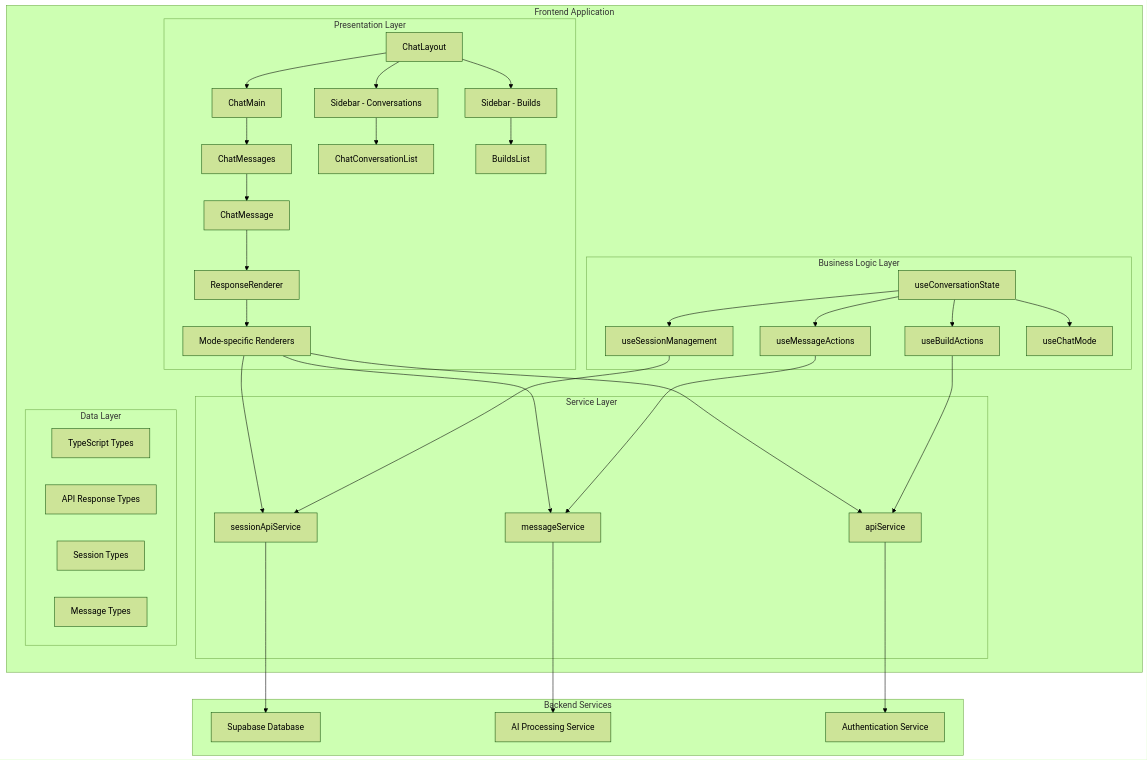
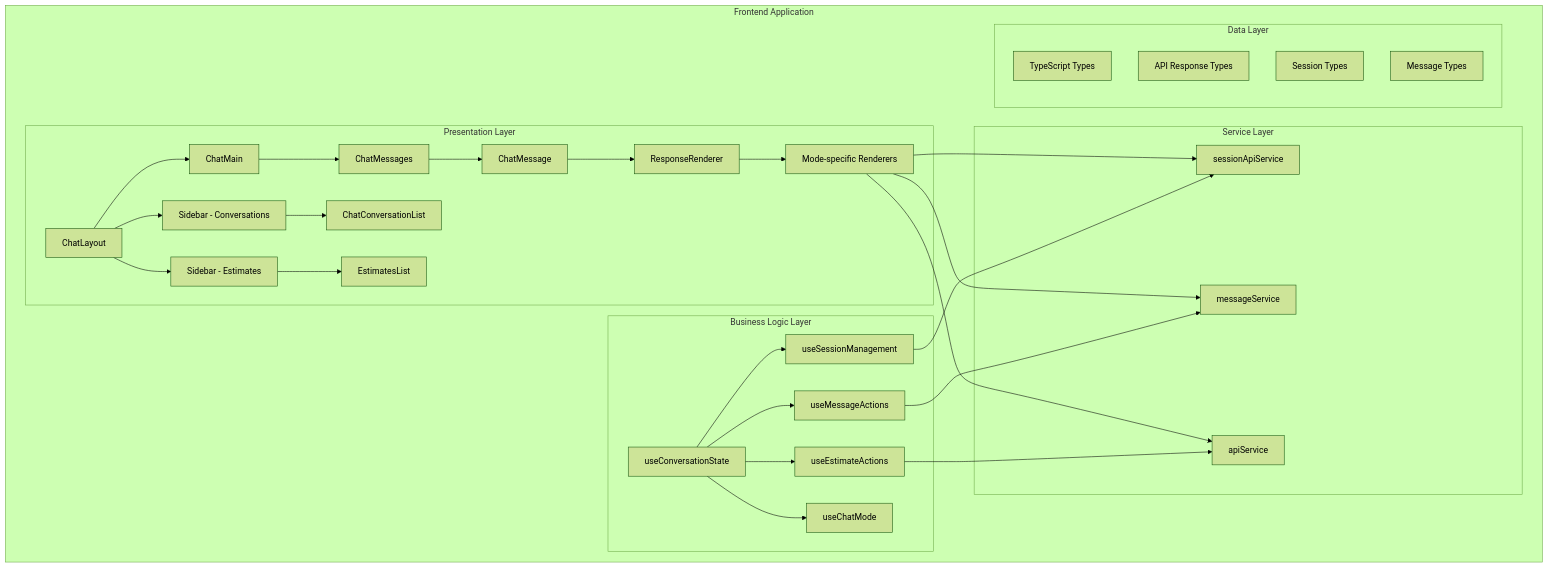
Before and after one commit to p0pular131/askspec-chat-assistant: the first of 14 diagrams in docs/design-specification.md, drawn with Mermaid (forest theme). The commit also changed other lines of this file, not shown here.

````diff
--- a/docs/design-specification.md
+++ b/docs/design-specification.md
@@ -30,53 +30,44 @@
 ```mermaid
 graph TB
     subgraph "Frontend Application"
         subgraph "Presentation Layer"
             A[ChatLayout] --> B[ChatMain]
             A --> C[Sidebar - Conversations]
-            A --> D[Sidebar - Builds]
+            A --> D[Sidebar - Estimates]
             B --> E[ChatMessages]
             E --> F[ChatMessage]
             F --> G[ResponseRenderer]
             G --> H[Mode-specific Renderers]
             C --> I[ChatConversationList]
-            D --> J[BuildsList]
+            D --> J[EstimatesList]
         end
         
         subgraph "Business Logic Layer"
             K[useConversationState] --> L[useSessionManagement]
             K --> M[useMessageActions]
-            K --> N[useBuildActions]
+            K --> N[useEstimateActions]
             K --> O[useChatMode]
         end
         
         subgraph "Service Layer"
             P[sessionApiService]
             Q[messageService]
             R[apiService]
         end
         
         subgraph "Data Layer"
             S[TypeScript Types]
             T[API Response Types]
             U[Session Types]
             V[Message Types]
         end
     end
     
-    subgraph "Backend Services"
-        W[Supabase Database]
-        X[AI Processing Service]
-        Y[Authentication Service]
-    end
-    
     H --> P
     H --> Q
     H --> R
-    P --> W
-    Q --> X
-    R --> Y
     
     L --> P
     M --> Q
     N --> R
 ```
````
